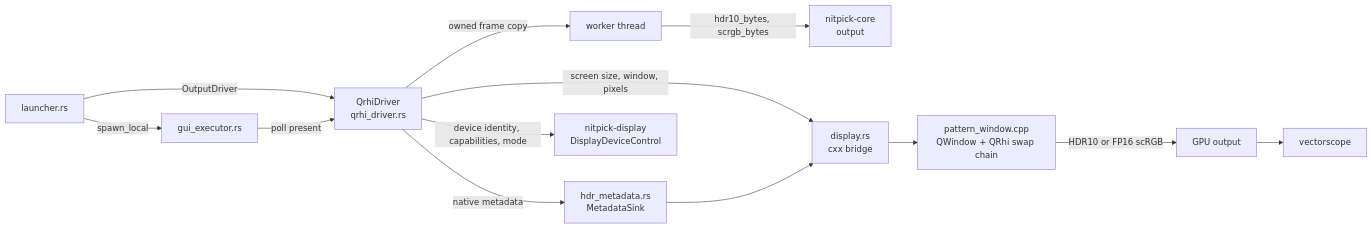
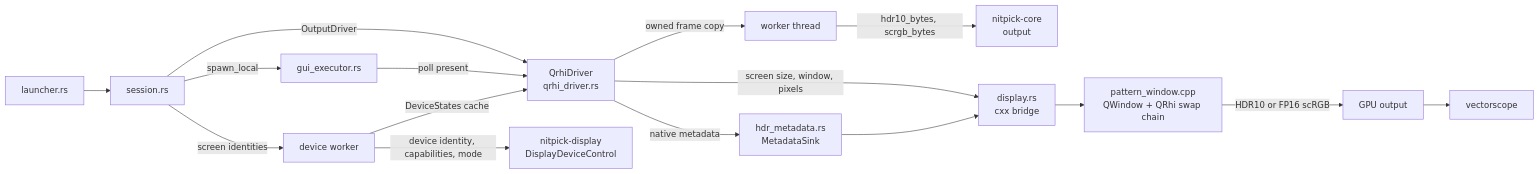
Before and after one commit to Jamesits/nitpick: the first of 2 diagrams in doc/design/output_driver/qt.md, drawn with Mermaid. The commit also changed other lines of this file and 21 other files, not shown here.

````diff
--- a/doc/design/output_driver/qt.md
+++ b/doc/design/output_driver/qt.md
@@ -7,13 +7,15 @@
 ```mermaid
 graph LR
-    L[launcher.rs] -->|OutputDriver| Q[QrhiDriver<br/>qrhi_driver.rs]
-    L -->|spawn_local| E[gui_executor.rs] -->|poll present| Q
+    L[launcher.rs] --> S[session.rs]
+    S -->|OutputDriver| Q[QrhiDriver<br/>qrhi_driver.rs]
+    S -->|spawn_local| E[gui_executor.rs] -->|poll present| Q
+    S -->|screen identities| R[device worker] -->|DeviceStates cache| Q
     Q -->|owned frame copy| J[worker thread]
     J -->|hdr10_bytes, scrgb_bytes| O
     O[nitpick-core<br/>output]
     Q -->|screen size, window, pixels| D[display.rs<br/>cxx bridge]
     Q -->|native metadata| M[hdr_metadata.rs<br/>MetadataSink] --> D
-    Q -->|device identity, capabilities, mode| N[nitpick-display<br/>DisplayDeviceControl]
+    R -->|device identity, capabilities, mode| N[nitpick-display<br/>DisplayDeviceControl]
     D --> W[pattern_window.cpp<br/>QWindow + QRhi swap chain]
     W -->|HDR10 or FP16 scRGB| GPU[GPU output] --> Scope[vectorscope]
 ```
````
